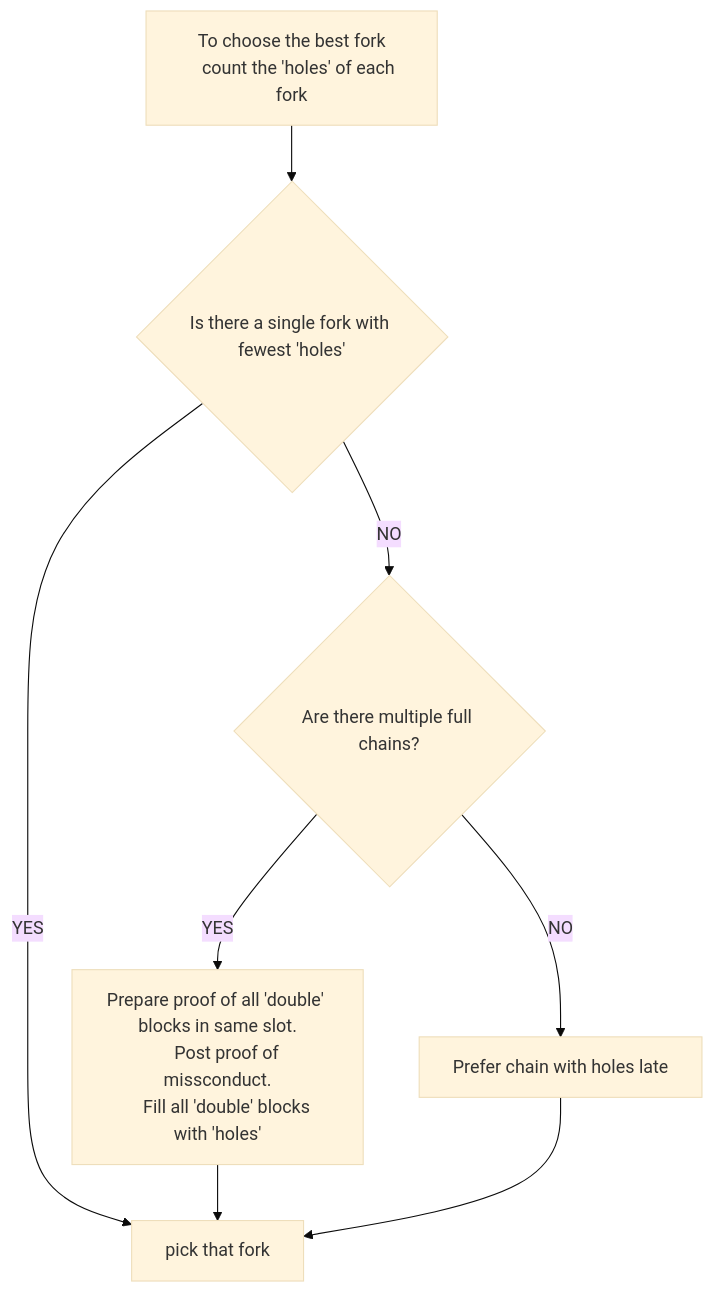
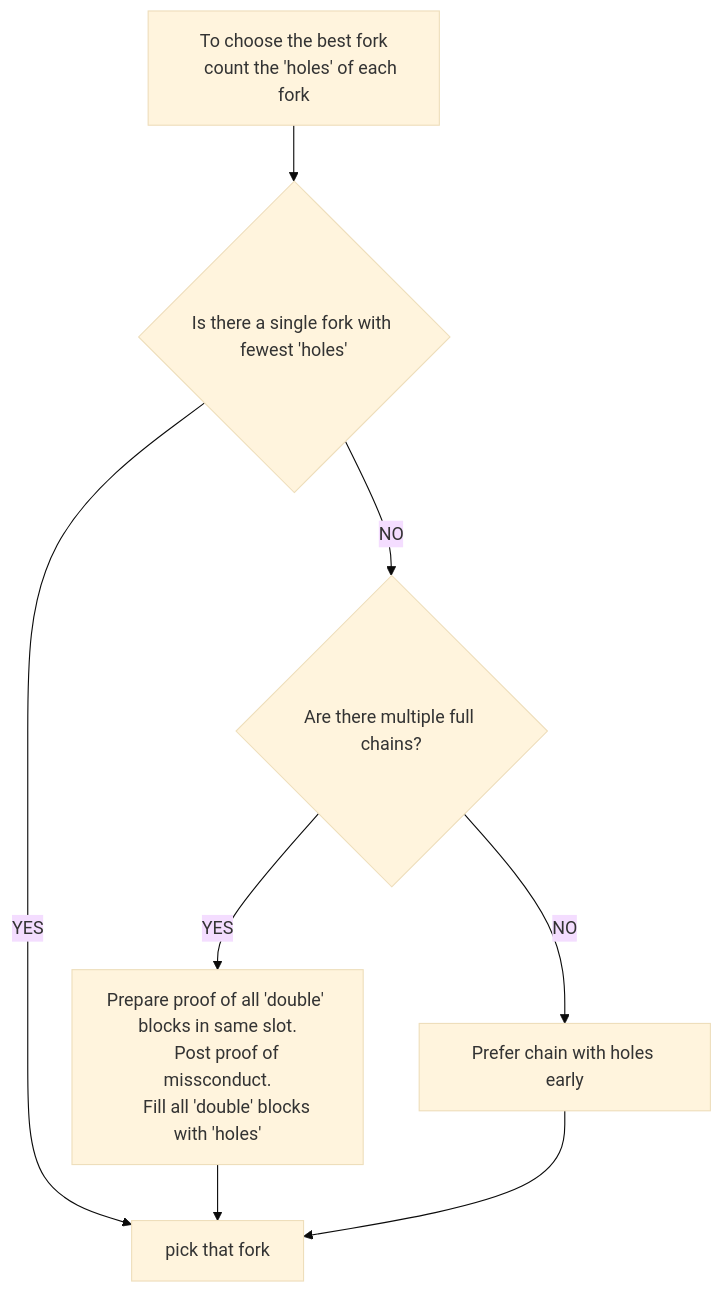
The eighth of 9 diagrams in Periodically-Syncing-HyperChains.md (aeternity/hyperchains-whitepaper), drawn with Mermaid (base theme) before and after one commit. The commit also changed other lines of this file and 1 other file, not shown here.

````diff
--- a/Periodically-Syncing-HyperChains.md
+++ b/Periodically-Syncing-HyperChains.md
@@ -771,21 +776,21 @@
 ```mermaid
 graph TD
     n19["To choose the best fork
     count the 'holes' of each fork"]
     n20{"Is there a single fork with fewest 'holes'"}
     bad_chain{"Are there multiple full chains?"}
     penalty["Prepare proof of all 'double' blocks in same slot.
      Post proof of missconduct.
      Fill all 'double' blocks with 'holes' "]
-    n21["Prefer chain with holes late"]
+    n21["Prefer chain with holes early"]
     done["pick that fork"]
 
 
     n19 --> n20
     n20 --> |YES| done
     n20 --> |NO| bad_chain
     bad_chain --> |YES| penalty
     penalty --> done
     bad_chain --> |NO| n21
     n21 --> done
  ```
````
